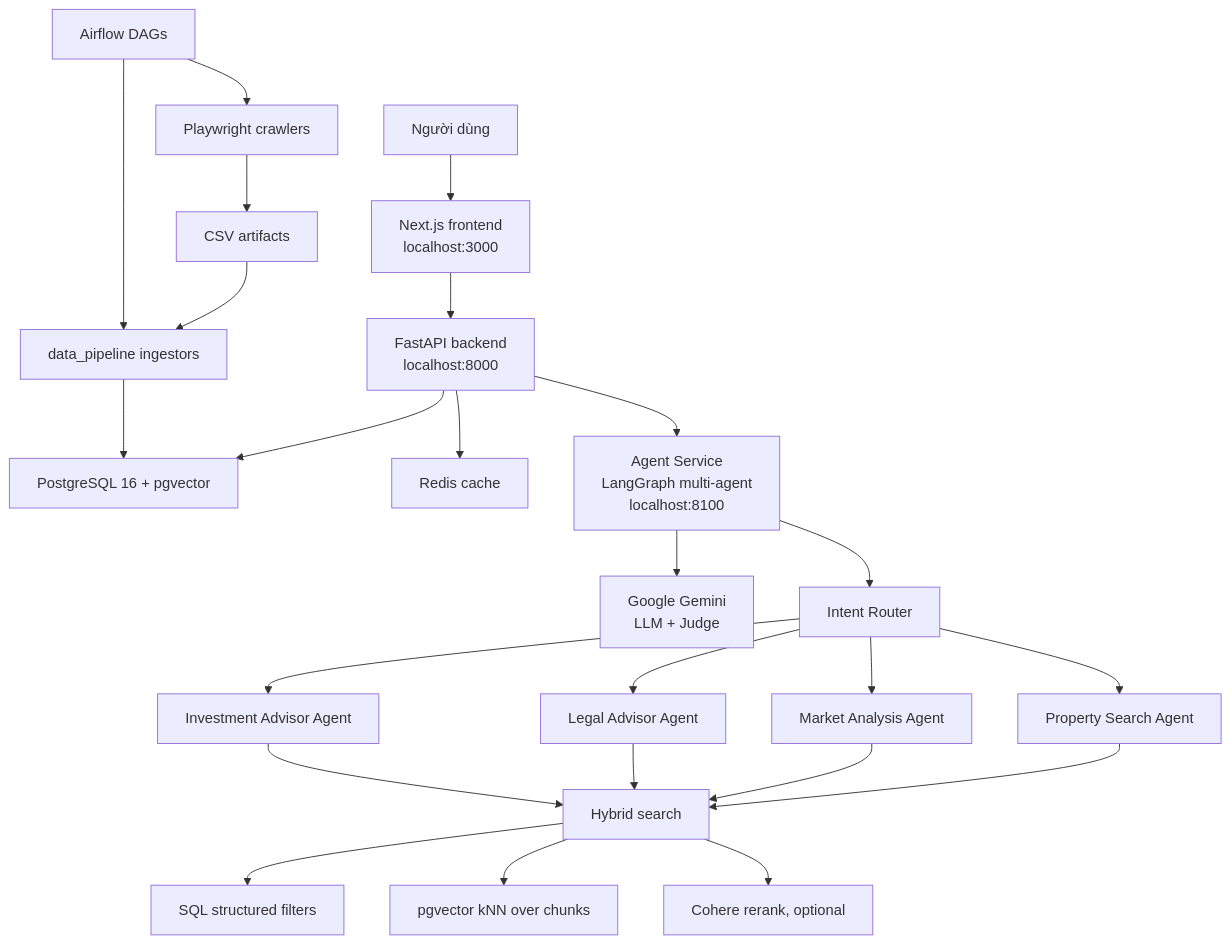
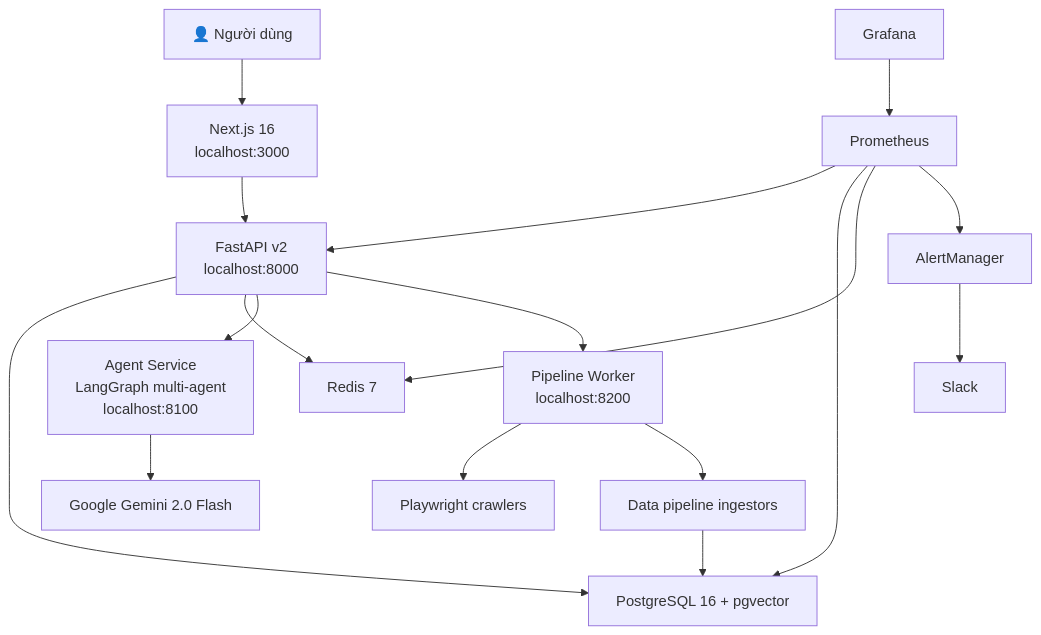
Before and after one commit to trunghieunef/Chatbot-Multi-Agent-RAG: the diagram in README.md, drawn with Mermaid. The commit also changed other lines of this file and 13 other files, not shown here.

````diff
--- a/README.md
+++ b/README.md
@@ -36,33 +7,23 @@
 ```mermaid
 flowchart TD
-    User["Người dùng"] --> Frontend["Next.js frontend<br/>localhost:3000"]
-    Frontend --> API["FastAPI backend<br/>localhost:8000"]
+    User["👤 Người dùng"] --> Frontend["Next.js 16<br/>localhost:3000"]
+    Frontend --> Backend["FastAPI v2<br/>localhost:8000"]
 
-    API --> Postgres["PostgreSQL 16 + pgvector"]
-    API --> Redis["Redis cache"]
-    API --> AgentSvc["Agent Service<br/>LangGraph multi-agent<br/>localhost:8100"]
+    Backend --> Postgres["PostgreSQL 16 + pgvector"]
+    Backend --> Redis["Redis 7"]
+    Backend --> AgentSvc["Agent Service<br/>LangGraph multi-agent<br/>localhost:8100"]
+    Backend --> PipelineW["Pipeline Worker<br/>localhost:8200"]
 
-    AgentSvc --> Gemini["Google Gemini<br/>LLM + Judge"]
+    AgentSvc --> Gemini["Google Gemini 2.0 Flash"]
 
-    AgentSvc --> Router["Intent Router"]
-    Router --> Property["Property Search Agent"]
-    Router --> Market["Market Analysis Agent"]
-    Router --> Legal["Legal Advisor Agent"]
-    Router --> Investment["Investment Advisor Agent"]
+    PipelineW --> Crawler["Playwright crawlers"]
+    PipelineW --> Ingestor["Data pipeline ingestors"]
+    Ingestor --> Postgres
 
-    Property --> Hybrid["Hybrid search"]
-    Market --> Hybrid
-    Legal --> Hybrid
-    Investment --> Hybrid
-
-    Hybrid --> SQL["SQL structured filters"]
-    Hybrid --> Vector["pgvector kNN over chunks"]
-    Hybrid --> Rerank["Cohere rerank, optional"]
-
-    Crawler["Playwright crawlers"] --> CSV["CSV artifacts"]
-    CSV --> Pipeline["data_pipeline ingestors"]
-    Pipeline --> Postgres
-
-    Airflow["Airflow DAGs"] --> Crawler
-    Airflow --> Pipeline
+    Prometheus["Prometheus"] --> Backend
+    Prometheus --> Postgres
+    Prometheus --> Redis
+    Grafana["Grafana"] --> Prometheus
+    AlertMgr["AlertManager"] --> Slack
+    Prometheus --> AlertMgr
 ```
````
